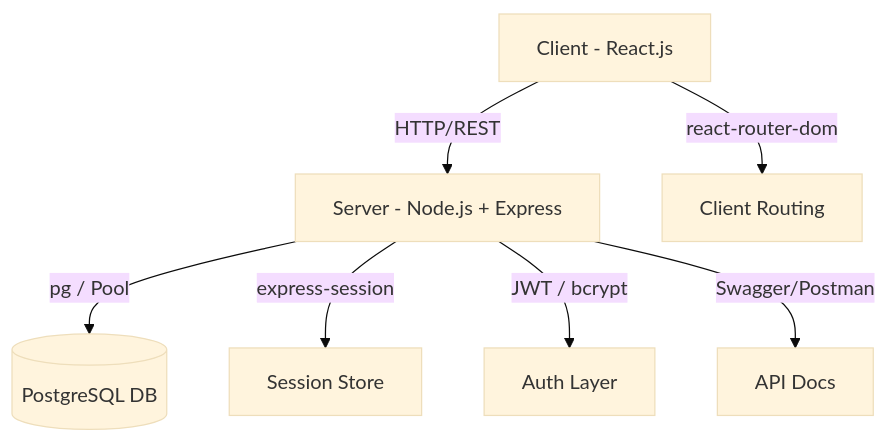
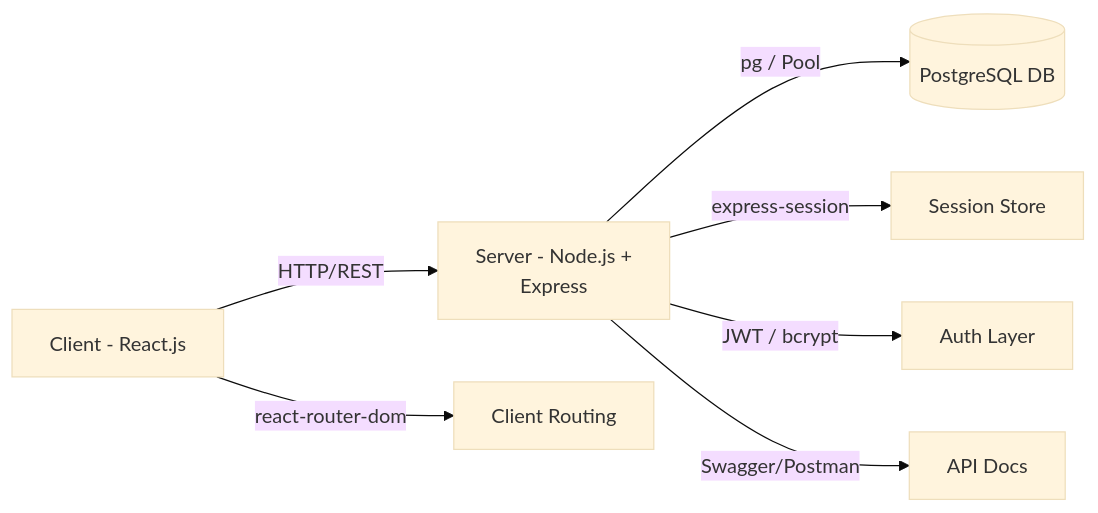
Before and after one commit to amitdevx/TY: the second of 2 diagrams in 02-Semester-VI/CS-353-MJ-T-Web-Technology-II/Overview.md, drawn with Mermaid (base theme). The commit also changed 65 other files, not shown here.

Commit message:
fix:graph vertical

````diff
--- a/02-Semester-VI/CS-353-MJ-T-Web-Technology-II/Overview.md
+++ b/02-Semester-VI/CS-353-MJ-T-Web-Technology-II/Overview.md
@@ -105,9 +105,9 @@
 ```mermaid
-graph TD
-    A[Client - React.js] -->|HTTP/REST| B[Server - Node.js + Express]
+graph LR
+    A[Client - React.js] -->|HTTP/REST| B[Server - Node.js +<br/>Express]
     B -->|pg / Pool| C[(PostgreSQL DB)]
     B -->|express-session| D[Session Store]
     B -->|JWT / bcrypt| E[Auth Layer]
     A -->|react-router-dom| F[Client Routing]
     B -->|Swagger/Postman| G[API Docs]
 ```
````
